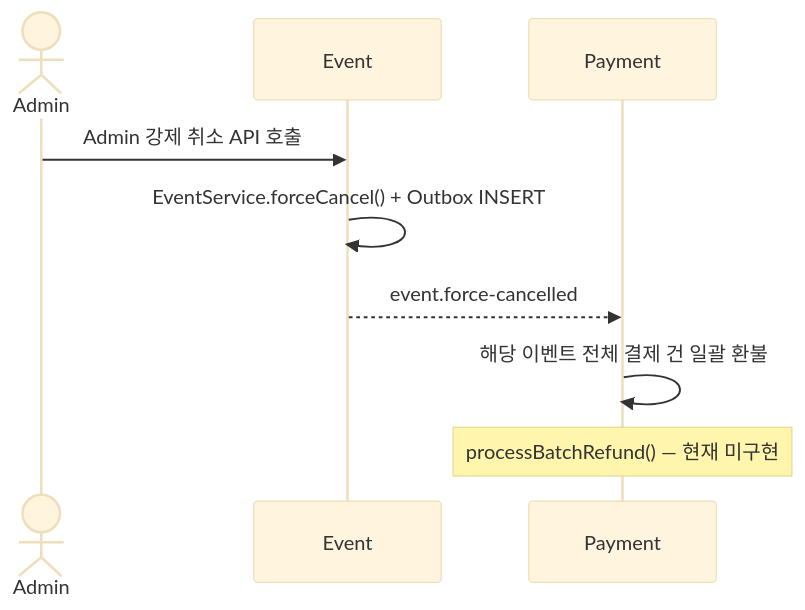
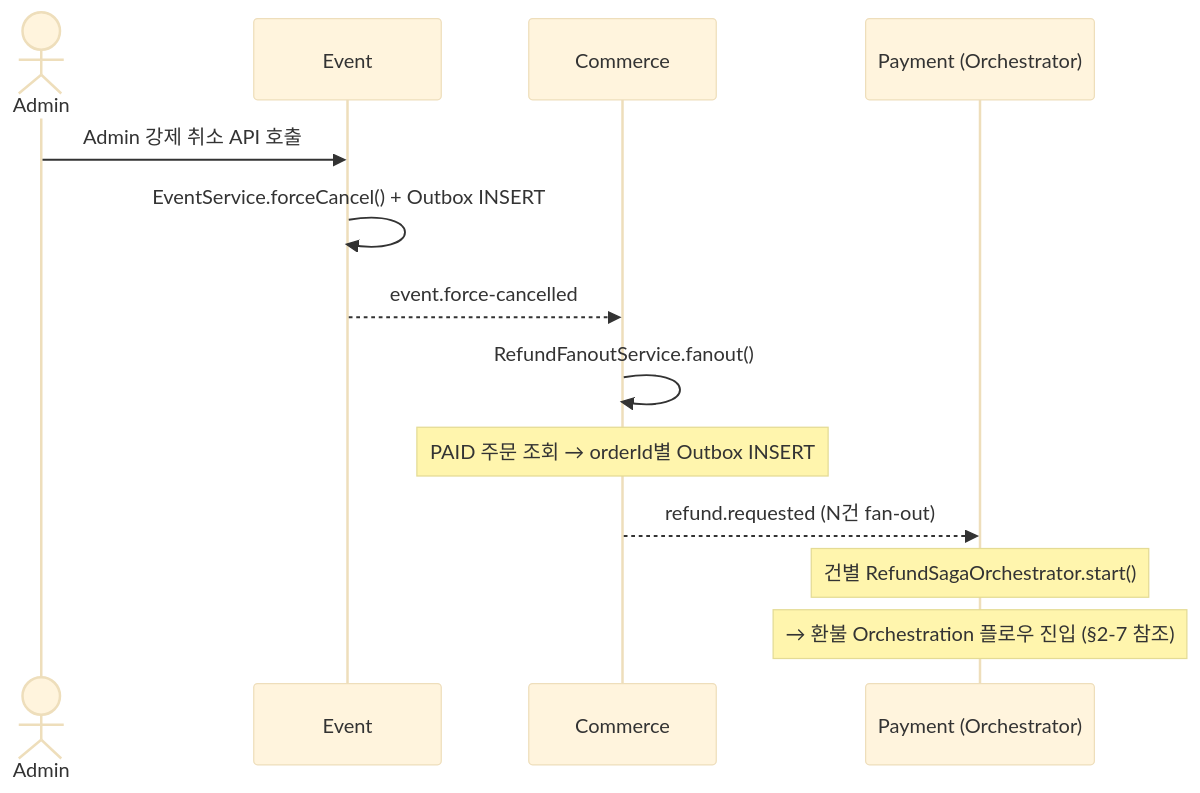
Before and after one commit to prgrms-be-adv-devcourse/beadv5_1_HeadbuttingDinosaur_BE: the fifth of 8 diagrams in docs/kafka-impl-plan.md, drawn with Mermaid (base theme). The commit also changed other lines of this file and 3 other files, not shown here.

````diff
--- a/docs/kafka-impl-plan.md
+++ b/docs/kafka-impl-plan.md
@@ -119,13 +155,18 @@
 ```mermaid
 sequenceDiagram
     actor Admin
     participant Event
-    participant Payment
+    participant Commerce
+    participant Orchestrator as Payment (Orchestrator)
 
     Admin->>Event: Admin 강제 취소 API 호출
     Event->>Event: EventService.forceCancel() + Outbox INSERT
-    Event-->>Payment: event.force-cancelled
+    Event-->>Commerce: event.force-cancelled
 
-    Payment->>Payment: 해당 이벤트 전체 결제 건 일괄 환불
-    Note over Payment: processBatchRefund() — 현재 미구현
+    Commerce->>Commerce: RefundFanoutService.fanout()
+    Note over Commerce: PAID 주문 조회 → orderId별 Outbox INSERT
+    Commerce-->>Orchestrator: refund.requested (N건 fan-out)
+
+    Note over Orchestrator: 건별 RefundSagaOrchestrator.start()
+    Note over Orchestrator: → 환불 Orchestration 플로우 진입 (§2-7 참조)
 ```
````
